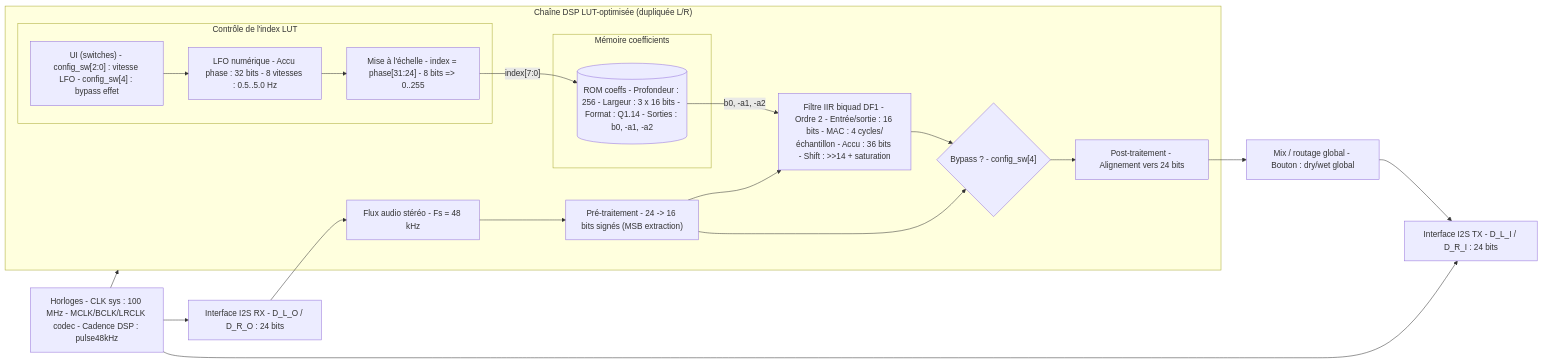
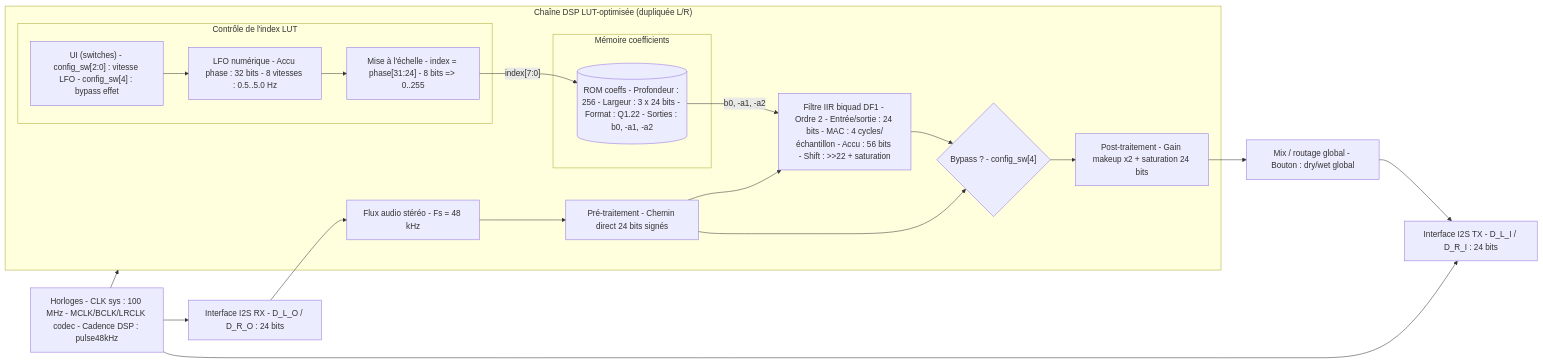
Before and after one commit to promaaa/wahwah-fpga: the diagram in fpga_wahwah_impl_architecture.mmd, drawn with Mermaid. The commit also changed 9 other files, not shown here.

```diff
--- a/fpga_wahwah_impl_architecture.mmd
+++ b/fpga_wahwah_impl_architecture.mmd
@@ -1,30 +1,30 @@
 flowchart LR
     I2S_RX["Interface I2S RX - D_L_O / D_R_O : 24 bits"] --> AUDIO_IN["Flux audio stéréo - Fs = 48 kHz"]
 
     subgraph DSP["Chaîne DSP LUT-optimisée (dupliquée L/R)"]
-        AUDIO_IN --> PREP["Pré-traitement - 24 -> 16 bits signés (MSB extraction)"]
+        AUDIO_IN --> PREP["Pré-traitement - Chemin direct 24 bits signés"]
 
         subgraph CTRL["Contrôle de l'index LUT"]
             UI["UI (switches) - config_sw[2:0] : vitesse LFO - config_sw[4] : bypass effet"] --> LFO
             LFO["LFO numérique - Accu phase : 32 bits - 8 vitesses : 0.5..5.0 Hz"] --> SCALE["Mise à l'échelle - index = phase[31:24] - 8 bits => 0..255"]
         end
 
         subgraph MEM["Mémoire coefficients"]
-            LUT[("ROM coeffs - Profondeur : 256 - Largeur : 3 x 16 bits - Format : Q1.14 - Sorties : b0, -a1, -a2")]
+            LUT[("ROM coeffs - Profondeur : 256 - Largeur : 3 x 24 bits - Format : Q1.22 - Sorties : b0, -a1, -a2")]
         end
 
         SCALE -->|"index[7:0]"| LUT
         LUT -->|"b0, -a1, -a2"| IIR
 
-        PREP --> IIR["Filtre IIR biquad DF1 - Ordre 2 - Entrée/sortie : 16 bits - MAC : 4 cycles/échantillon - Accu : 36 bits - Shift : >>14 + saturation"]
+        PREP --> IIR["Filtre IIR biquad DF1 - Ordre 2 - Entrée/sortie : 24 bits - MAC : 4 cycles/échantillon - Accu : 56 bits - Shift : >>22 + saturation"]
         IIR --> SEL_FX{"Bypass ? - config_sw[4]"}
         PREP --> SEL_FX
-        SEL_FX --> POST["Post-traitement - Alignement vers 24 bits"]
+        SEL_FX --> POST["Post-traitement - Gain makeup x2 + saturation 24 bits"]
     end
 
     POST --> MIX["Mix / routage global - Bouton : dry/wet global"]
     MIX --> I2S_TX["Interface I2S TX - D_L_I / D_R_I : 24 bits"]
 
     CLK["Horloges - CLK sys : 100 MHz - MCLK/BCLK/LRCLK codec - Cadence DSP : pulse48kHz"] --> I2S_RX
     CLK --> DSP
     CLK --> I2S_TX
```
